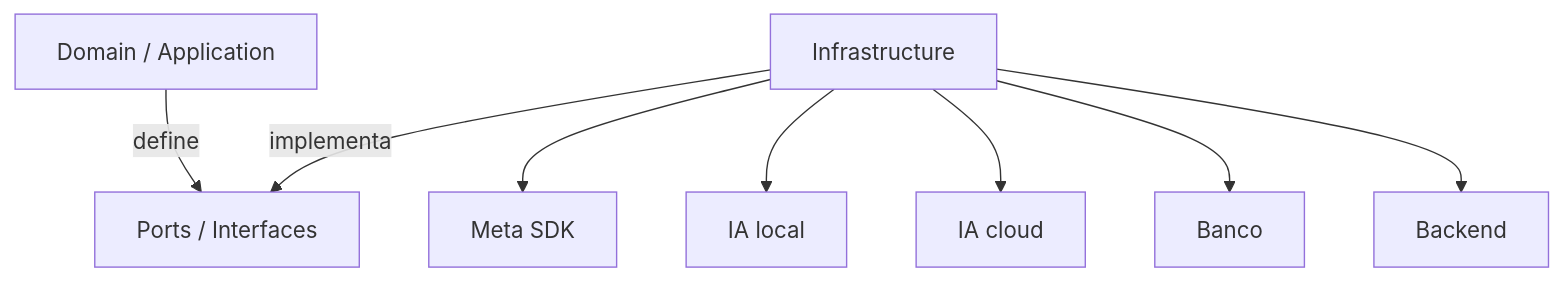
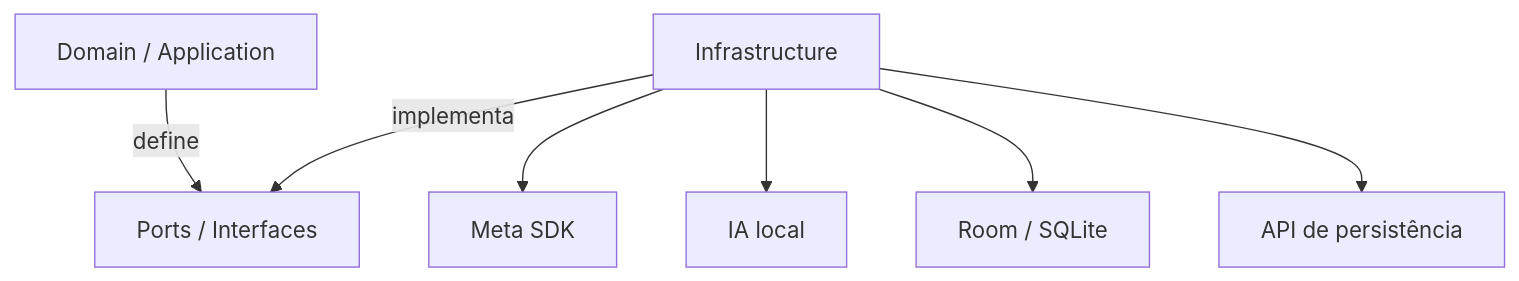
Before and after one commit to jaimejcs/CuidarAI: diagram 20 of 26 in diagramas-mermaid.md, drawn with Mermaid. The commit also changed other lines of this file and 20 other files, not shown here.

````diff
--- a/diagramas-mermaid.md
+++ b/diagramas-mermaid.md
@@ -273,10 +546,9 @@
 ```mermaid
 flowchart TD
     DA[Domain / Application] -->|define| P[Ports / Interfaces]
     I[Infrastructure] -->|implementa| P
     I --> M[Meta SDK]
     I --> L[IA local]
-    I --> C[IA cloud]
-    I --> B[Banco]
-    I --> BE[Backend]
+    I --> R[Room / SQLite]
+    I --> API[API de persistência]
 ```
````
